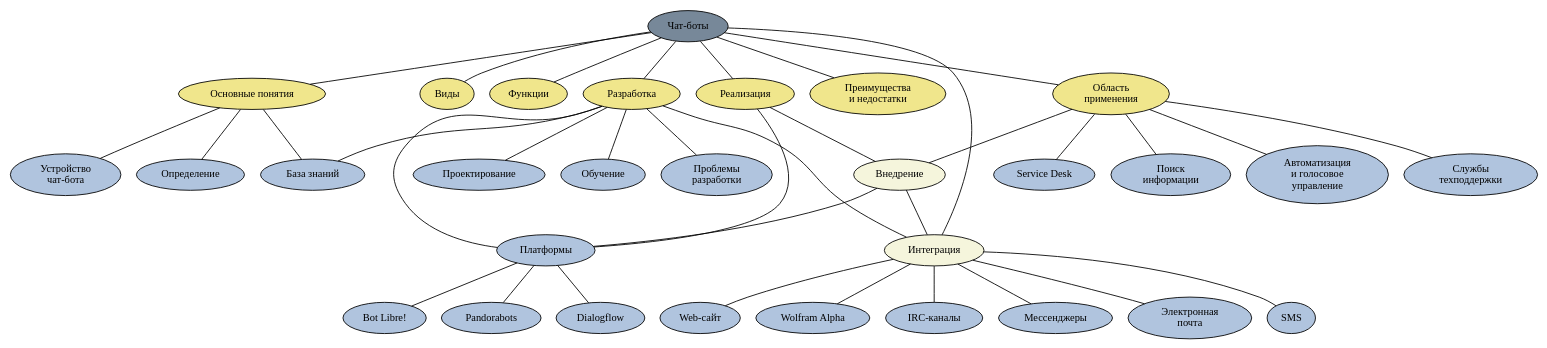
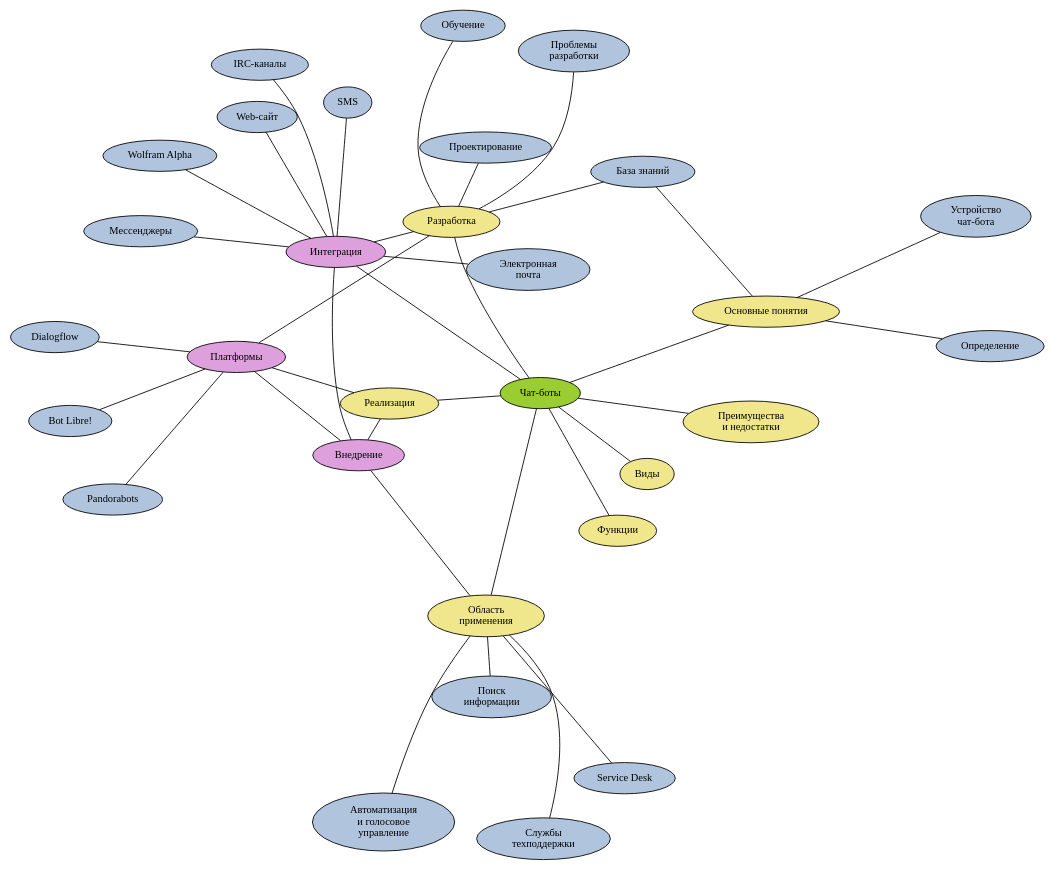
One commit to Endurance-Robotics/ChatBots changed the diagram in botlibre/botabout/chatbots.dot. Above: the diagram before and after it, drawn with Graphviz. The commit also changed 3 other files, not shown here.

Commit message:
Update chatbots graph

```diff
--- a/botlibre/botabout/chatbots.dot
+++ b/botlibre/botabout/chatbots.dot
@@ -1,81 +1,84 @@
 graph chatbots {
+
 // Configuration
+
 graph [
 center = true,
 charset = "UTF-8",
 label = "",
 labelloc = "t",
 labeljust = "c",
 fontsize = 14,
-//rankdir = LR,
-splines = spline
+layout = fdp,
+splines = true
 ];
 
 node [
 fontsize = 12,
 style = filled,
 fillcolor = LightSteelBlue
 ];
 
 edge [
 style = solid
 ];
 
 // Nodes
 
-"Чат-боты" [fillcolor = LightSlateGray];
+"Чат-боты" [fillcolor = YellowGreen];
 "Основные понятия" [fillcolor = Khaki];
 "Виды" [fillcolor = Khaki];
 "Функции" [fillcolor = Khaki];
 "Разработка" [fillcolor = Khaki];
 "Реализация" [fillcolor = Khaki];
-"Внедрение" [fillcolor = Beige];
+"Внедрение" [fillcolor = Plum];
 "Преимущества\nи недостатки" [fillcolor = Khaki];
 "Область\nприменения" [fillcolor = Khaki];
-"Интеграция" [fillcolor = Beige];
+"Интеграция" [fillcolor = Plum];
+"Платформы" [fillcolor = Plum];
 
 // Edges
 
 "Чат-боты" -- "Основные понятия";
 "Чат-боты" -- "Виды";
 "Чат-боты" -- "Функции";
 "Чат-боты" -- "Разработка";
 "Чат-боты" -- "Преимущества\nи недостатки";
 "Чат-боты" -- "Область\nприменения";
 "Чат-боты" -- "Интеграция";
 "Чат-боты" -- "Реализация";
 
 "Основные понятия" -- "Определение";
 "Основные понятия" -- "База знаний";
 "Основные понятия" -- "Устройство\nчат-бота";
 
 "Разработка" -- "База знаний";
 "Разработка" -- "Интеграция";
 "Разработка" -- "Проектирование";
 "Разработка" -- "Обучение";
 "Разработка" -- "Проблемы\nразработки";
 "Разработка" -- "Платформы";
 
 "Реализация" -- "Платформы";
 "Реализация" -- "Внедрение";
 
 "Внедрение" -- "Интеграция";
 "Внедрение" -- "Платформы";
 
 "Платформы" -- "Bot Libre!";
 "Платформы" -- "Pandorabots";
 "Платформы" -- "Dialogflow";
 
 "Интеграция" -- "Мессенджеры";
 "Интеграция" -- "Электронная\nпочта";
 "Интеграция" -- "SMS";
 "Интеграция" -- "Web-сайт";
 "Интеграция" -- "Wolfram Alpha";
 "Интеграция" -- "IRC-каналы"
 
 "Область\nприменения" -- "Внедрение";
 "Область\nприменения" -- "Службы\nтехподдержки";
 "Область\nприменения" -- "Service Desk";
 "Область\nприменения" -- "Поиск\nинформации";
 "Область\nприменения" -- "Автоматизация\nи голосовое\nуправление";
 }
```
